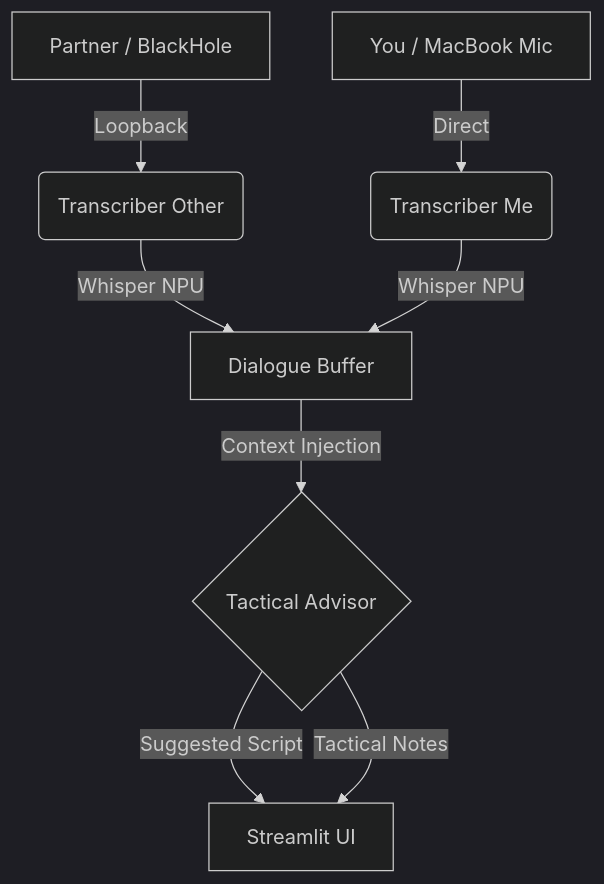
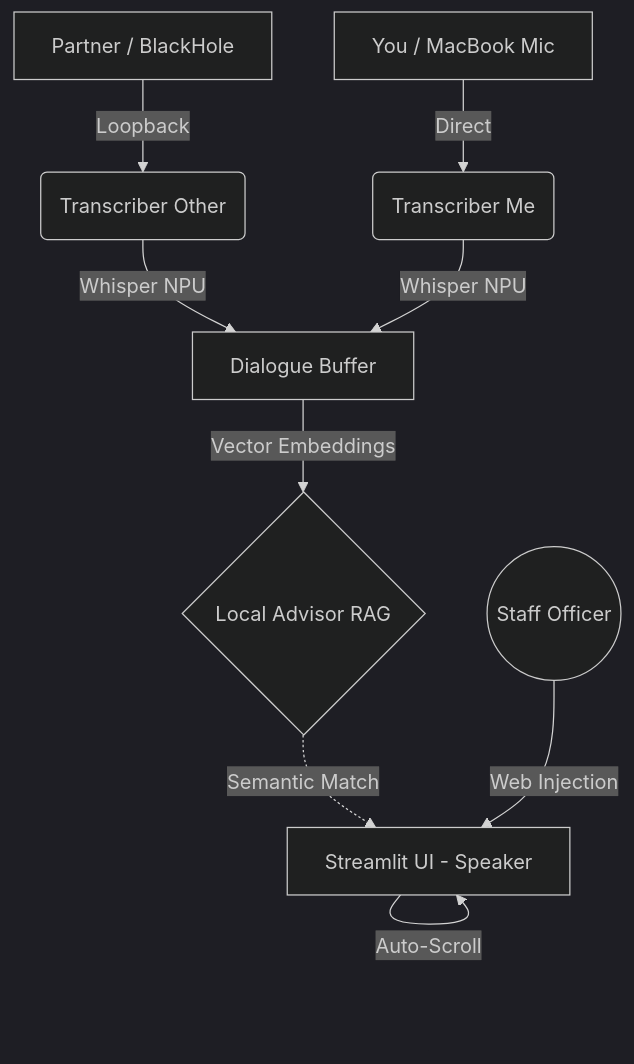
The diagram in README.md (BinHsu/Aegis-Prompter), drawn with Mermaid (dark theme) before and after one commit. The commit also changed other lines of this file and 20 other files, not shown here.

Commit message:
feat: complete Pure Local AI Aegis Prompter architecture

````diff
--- a/README.md
+++ b/README.md
@@ -24,10 +43,11 @@
 ```mermaid
 graph TD
     A[Partner / BlackHole] -->|Loopback| B(Transcriber Other)
     C[You / MacBook Mic] -->|Direct| D(Transcriber Me)
     B -->|Whisper NPU| E[Dialogue Buffer]
     D -->|Whisper NPU| E
-    E -->|Context Injection| F{Tactical Advisor}
-    F -->|Suggested Script| G[Streamlit UI]
-    F -->|Tactical Notes| G
+    E -->|Vector Embeddings| F{Local Advisor RAG}
+    F -.->|Semantic Match| G[Streamlit UI - Speaker]
+    H((Staff Officer)) -->|Web Injection| G
+    G -->|Auto-Scroll| G
 ```
````
